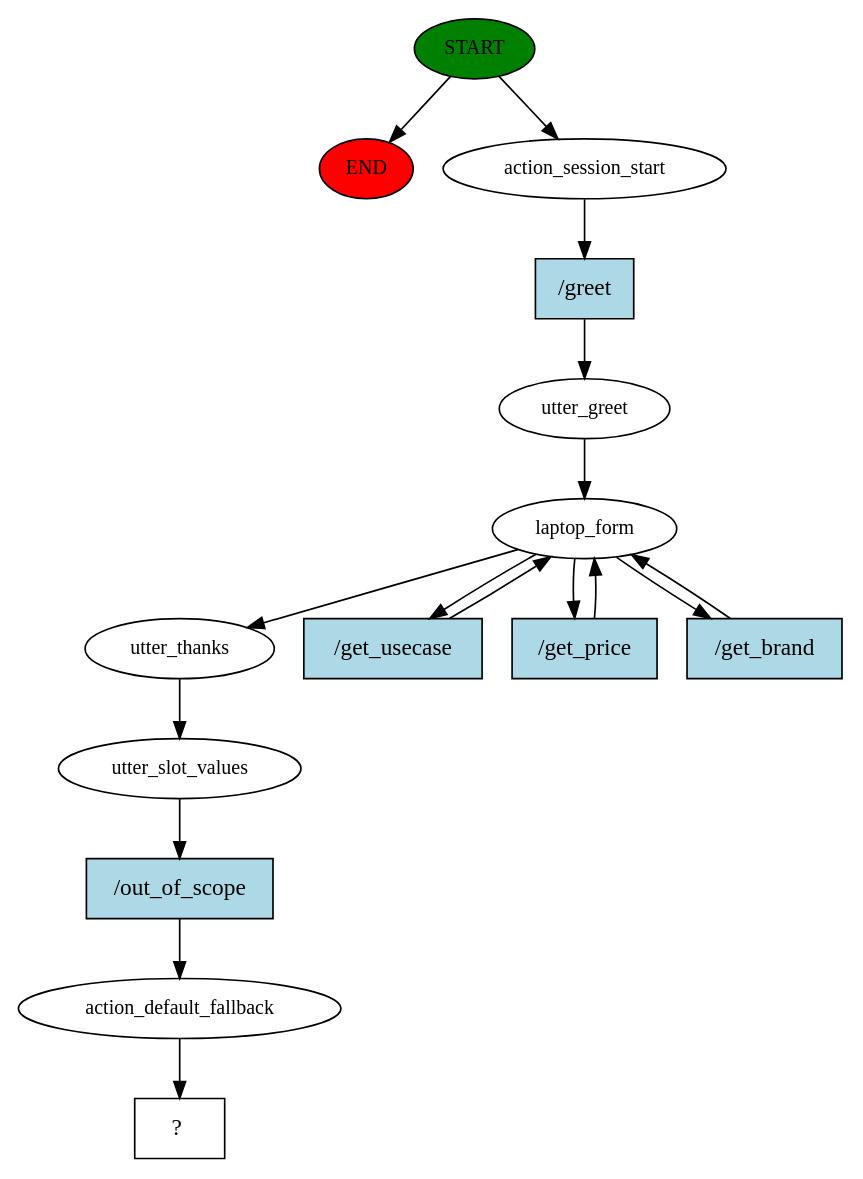
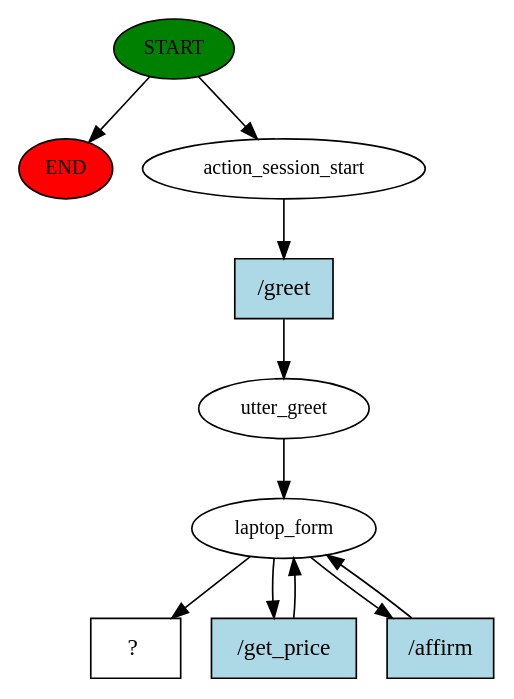
Before and after one commit to Aayush1011/rasa_project: the diagram in story_graph.dot, drawn with Graphviz. The commit also changed 226 other files, not shown here.

```diff
--- a/story_graph.dot
+++ b/story_graph.dot
@@ -1,32 +1,21 @@
 digraph  {
 0 [class="start active", fillcolor=green, fontsize=12, label=START, style=filled];
 "-1" [class=end, fillcolor=red, fontsize=12, label=END, style=filled];
 1 [class=active, fontsize=12, label=action_session_start];
 2 [class=active, fontsize=12, label=utter_greet];
 3 [class=active, fontsize=12, label=laptop_form];
-7 [class=active, fontsize=12, label=utter_thanks];
-8 [class=active, fontsize=12, label=utter_slot_values];
-9 [class=active, fontsize=12, label=action_default_fallback];
-10 [class="intent dashed active", label="  ?  ", shape=rect];
-11 [class="intent active", fillcolor=lightblue, label="/greet", shape=rect, style=filled];
-12 [class="intent active", fillcolor=lightblue, label="/get_usecase", shape=rect, style=filled];
-13 [class="intent active", fillcolor=lightblue, label="/get_price", shape=rect, style=filled];
-14 [class="intent active", fillcolor=lightblue, label="/get_brand", shape=rect, style=filled];
-15 [class="intent active", fillcolor=lightblue, label="/out_of_scope", shape=rect, style=filled];
+6 [class="intent dashed active", label="  ?  ", shape=rect];
+7 [class="intent active", fillcolor=lightblue, label="/greet", shape=rect, style=filled];
+8 [class="intent active", fillcolor=lightblue, label="/get_price", shape=rect, style=filled];
+9 [class="intent active", fillcolor=lightblue, label="/affirm", shape=rect, style=filled];
 0 -> "-1"  [class="", key=NONE, label=""];
 0 -> 1  [class=active, key=NONE, label=""];
-1 -> 11  [class=active, key=0];
+1 -> 7  [class=active, key=0];
 2 -> 3  [class=active, key=NONE, label=""];
-3 -> 7  [class=active, key=NONE, label=""];
-3 -> 12  [class=active, key=0];
-3 -> 13  [class=active, key=0];
-3 -> 14  [class=active, key=0];
-7 -> 8  [class=active, key=NONE, label=""];
-8 -> 15  [class=active, key=0];
-9 -> 10  [class=active, key=NONE, label=""];
-11 -> 2  [class=active, key=0];
-12 -> 3  [class=active, key=0];
-13 -> 3  [class=active, key=0];
-14 -> 3  [class=active, key=0];
-15 -> 9  [class=active, key=0];
+3 -> 6  [class=active, key=NONE, label=""];
+3 -> 8  [class=active, key=0];
+3 -> 9  [class=active, key=0];
+7 -> 2  [class=active, key=0];
+8 -> 3  [class=active, key=0];
+9 -> 3  [class=active, key=0];
 }
```
